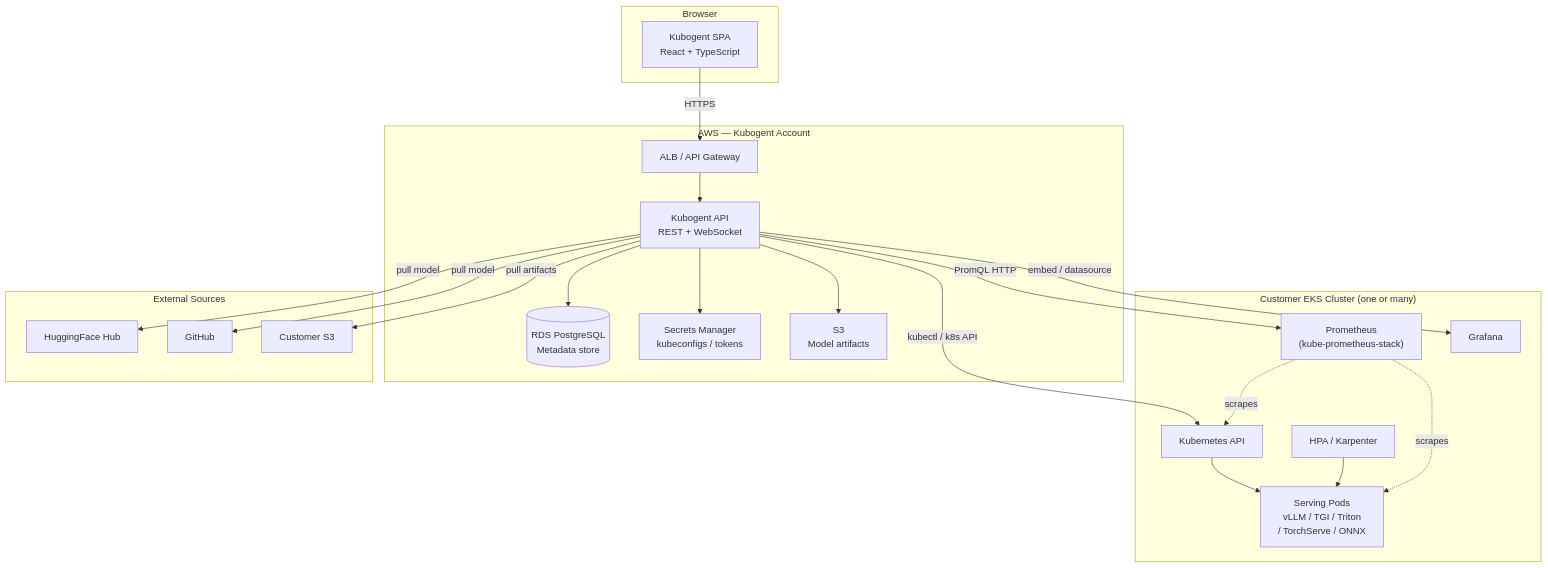
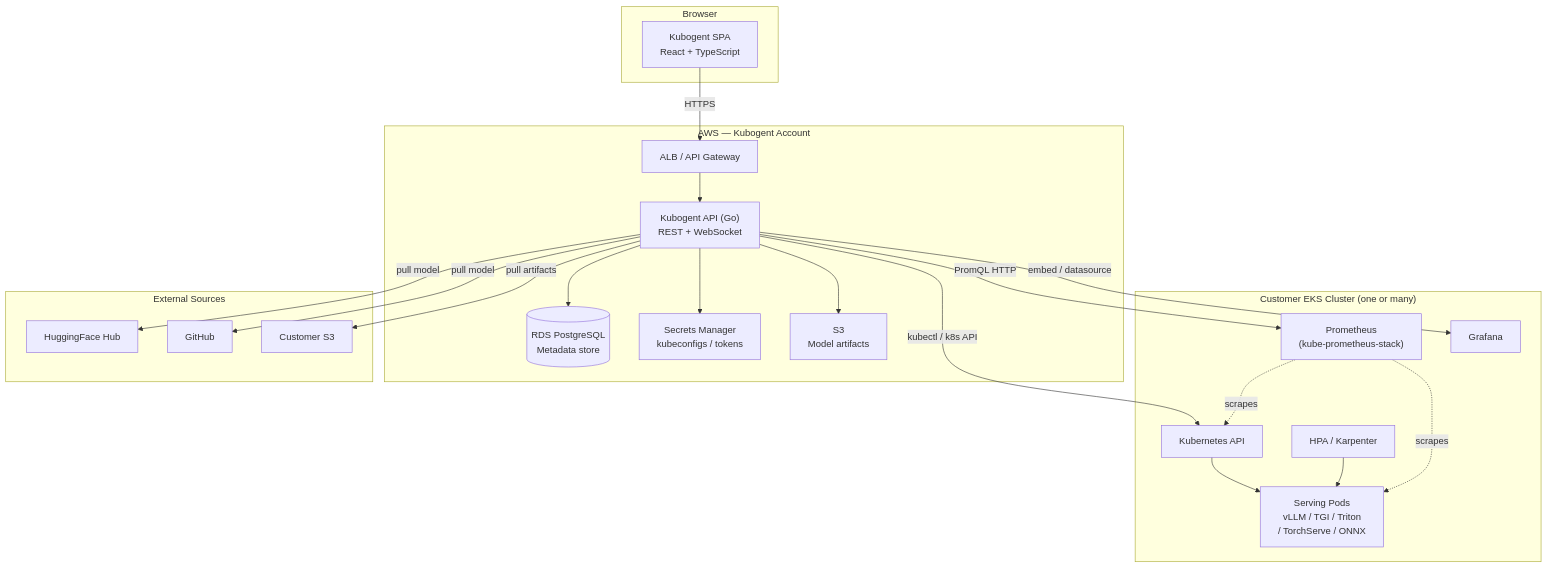
One commit to kousik-aivar/kubogent changed the first of 6 diagrams in docs/product-spec.md. Above: the diagram before and after it, drawn with Mermaid. The commit also changed other lines of this file, not shown here.

First line of the commit message:
docs: specify Go for backend API (REST + WebSocket terminal)

````diff
--- a/docs/product-spec.md
+++ b/docs/product-spec.md
@@ -22,43 +22,43 @@
 ```mermaid
 graph TB
     subgraph browser["Browser"]
         UI["Kubogent SPA\nReact + TypeScript"]
     end
 
     subgraph kubogent_aws["AWS — Kubogent Account"]
         ALB["ALB / API Gateway"]
-        API["Kubogent API\nREST + WebSocket"]
+        API["Kubogent API (Go)\nREST + WebSocket"]
         RDS[("RDS PostgreSQL\nMetadata store")]
         SM["Secrets Manager\nkubeconfigs / tokens"]
         S3_art["S3\nModel artifacts"]
     end
 
     subgraph customer_eks["Customer EKS Cluster (one or many)"]
         K8S["Kubernetes API"]
         PROM["Prometheus\n(kube-prometheus-stack)"]
         GRAF["Grafana"]
         SERVE["Serving Pods\nvLLM / TGI / Triton\n/ TorchServe / ONNX"]
         HPA["HPA / Karpenter"]
     end
 
     subgraph external["External Sources"]
         HF["HuggingFace Hub"]
         GH["GitHub"]
         S3_ext["Customer S3"]
     end
 
     UI -->|HTTPS| ALB --> API
     API --> RDS
     API --> SM
     API --> S3_art
     API -->|kubectl / k8s API| K8S
     API -->|PromQL HTTP| PROM
     API -->|embed / datasource| GRAF
     API -->|pull model| HF
     API -->|pull model| GH
     API -->|pull artifacts| S3_ext
     K8S --> SERVE
     HPA --> SERVE
     PROM -.->|scrapes| SERVE
     PROM -.->|scrapes| K8S
 ```
````
